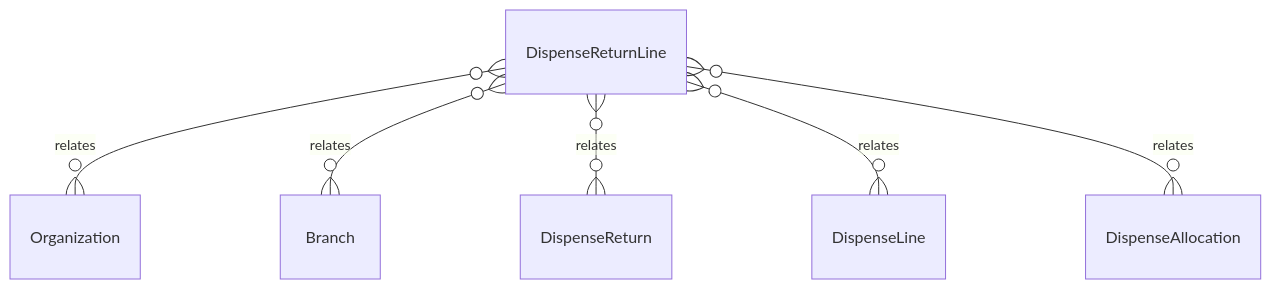
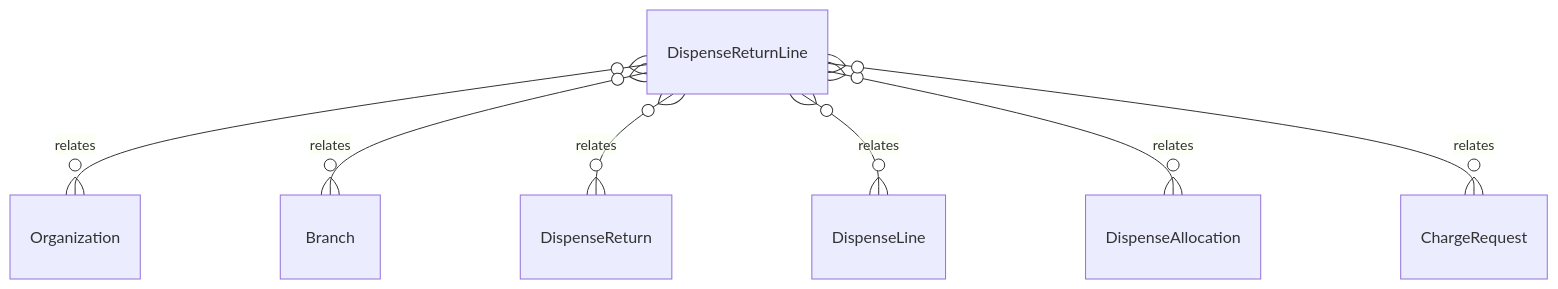
The diagram in .kb/Database/DispenseReturnLine.md (tejasnirala/rcln), drawn with Mermaid before and after one commit. The commit also changed other lines of this file and 171 other files, not shown here.

````diff
--- a/.kb/Database/DispenseReturnLine.md
+++ b/.kb/Database/DispenseReturnLine.md
@@ -46,8 +47,9 @@
 ```mermaid
 erDiagram
     DispenseReturnLine }o--o{ Organization : relates
     DispenseReturnLine }o--o{ Branch : relates
     DispenseReturnLine }o--o{ DispenseReturn : relates
     DispenseReturnLine }o--o{ DispenseLine : relates
     DispenseReturnLine }o--o{ DispenseAllocation : relates
+    DispenseReturnLine }o--o{ ChargeRequest : relates
 ```
````
